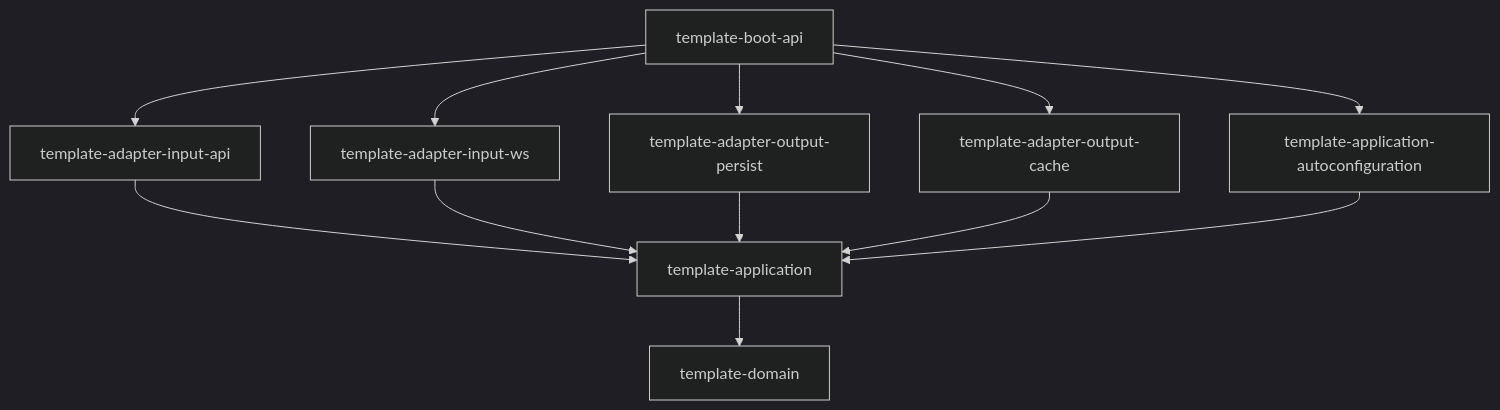
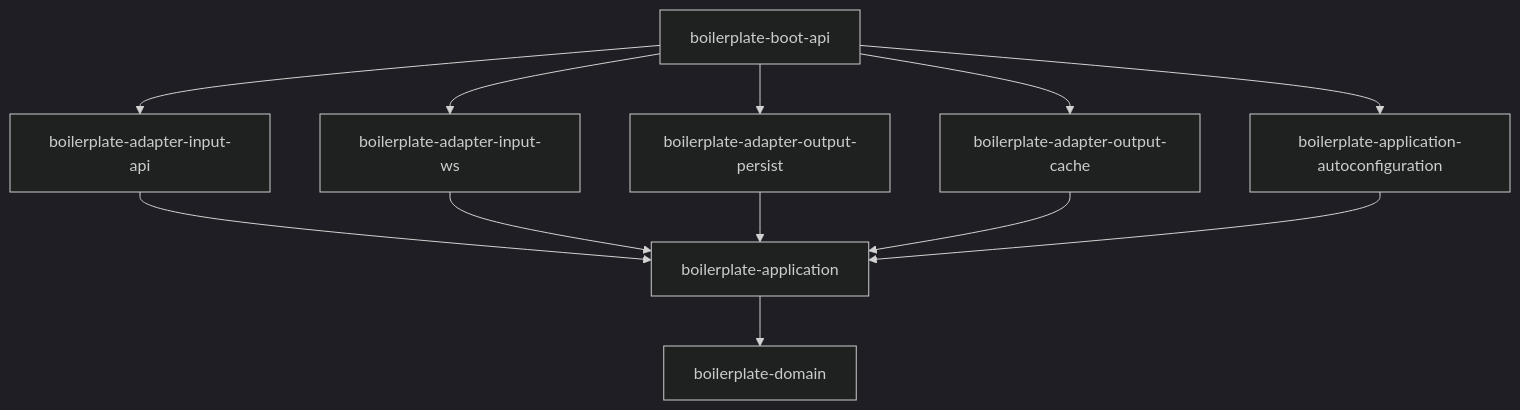
One commit to ppzxc/spring-vibe-boilerplate changed the first of 2 diagrams in README.md. Above: the diagram before and after it, drawn with Mermaid (dark theme). The commit also changed other lines of this file and 205 other files, not shown here.

First line of the commit message:
refactor: rename template to boilerplate throughout codebase (#48)

````diff
--- a/README.md
+++ b/README.md
@@ -83,23 +83,23 @@
 ```mermaid
 graph TD
-    BOOT[template-boot-api]
-    AUTO[template-application-autoconfiguration]
-    API[template-adapter-input-api]
-    WS[template-adapter-input-ws]
-    PERSIST[template-adapter-output-persist]
-    CACHE[template-adapter-output-cache]
-    APP[template-application]
-    DOMAIN[template-domain]
+    BOOT[boilerplate-boot-api]
+    AUTO[boilerplate-application-autoconfiguration]
+    API[boilerplate-adapter-input-api]
+    WS[boilerplate-adapter-input-ws]
+    PERSIST[boilerplate-adapter-output-persist]
+    CACHE[boilerplate-adapter-output-cache]
+    APP[boilerplate-application]
+    DOMAIN[boilerplate-domain]
 
     BOOT --> AUTO
     BOOT --> API
     BOOT --> WS
     BOOT --> PERSIST
     BOOT --> CACHE
     API --> APP
     WS --> APP
     PERSIST --> APP
     CACHE --> APP
     AUTO --> APP
     APP --> DOMAIN
 ```
````
